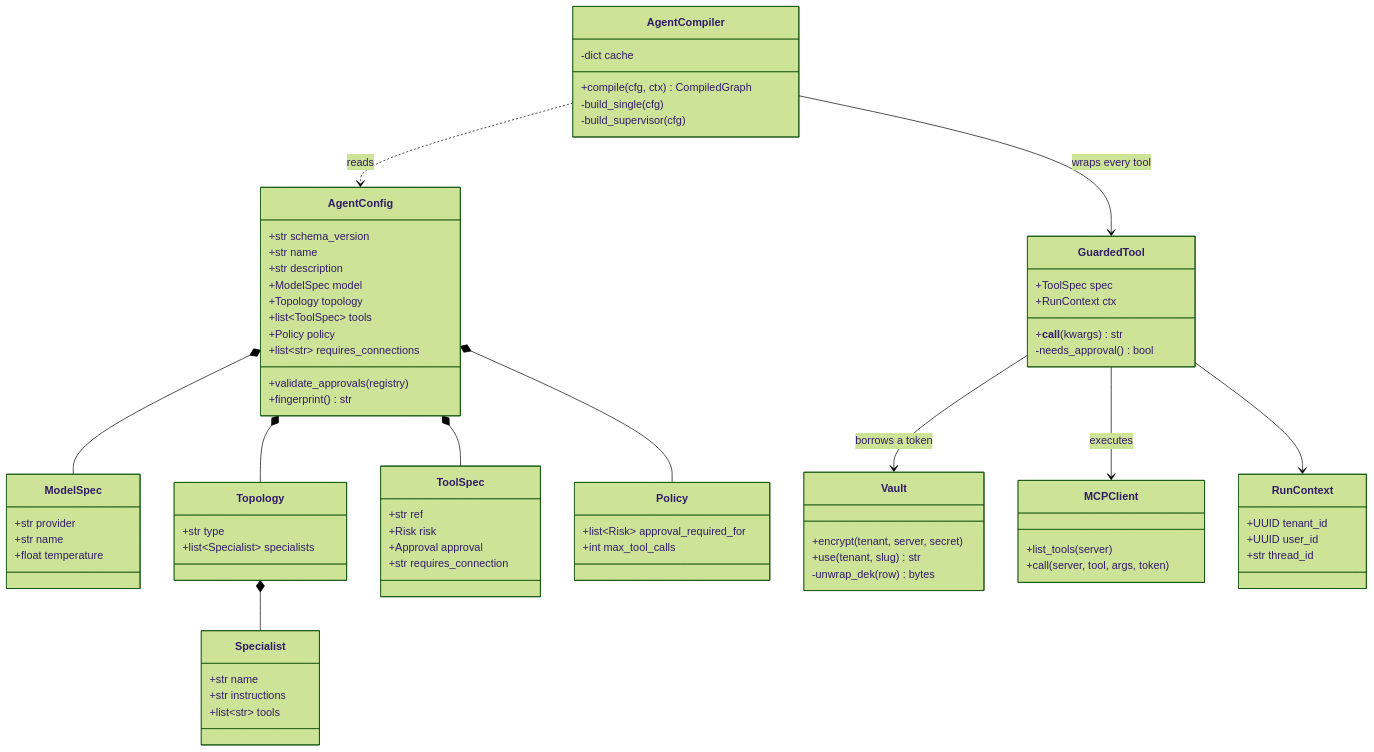
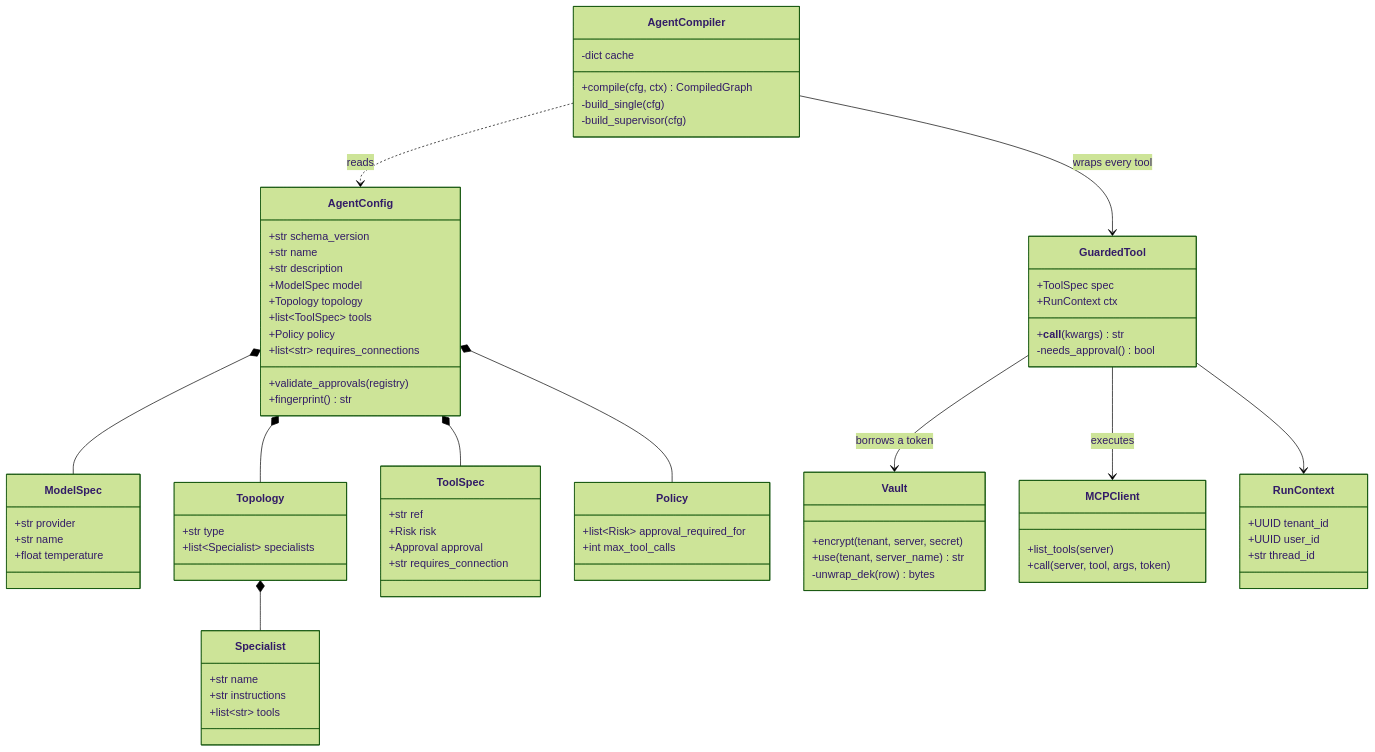
One commit to Shivanilarokar/AgentPlatformCapstone changed diagram 12 of 14 in docs/DESIGN.md. Above: the diagram before and after it, drawn with Mermaid (forest theme). The commit also changed other lines of this file and 29 other files, not shown here.

````diff
--- a/docs/DESIGN.md
+++ b/docs/DESIGN.md
@@ -554,76 +554,76 @@
 ```mermaid
 classDiagram
     class AgentConfig {
         +str schema_version
         +str name
         +str description
         +ModelSpec model
         +Topology topology
         +list~ToolSpec~ tools
         +Policy policy
         +list~str~ requires_connections
         +validate_approvals(registry)
         +fingerprint() str
     }
     class ModelSpec {
         +str provider
         +str name
         +float temperature
     }
     class Topology {
         +str type
         +list~Specialist~ specialists
     }
     class Specialist {
         +str name
         +str instructions
         +list~str~ tools
     }
     class ToolSpec {
         +str ref
         +Risk risk
         +Approval approval
         +str requires_connection
     }
     class Policy {
         +list~Risk~ approval_required_for
         +int max_tool_calls
     }
     class AgentCompiler {
         -dict cache
         +compile(cfg, ctx) CompiledGraph
         -build_single(cfg)
         -build_supervisor(cfg)
     }
     class GuardedTool {
         +ToolSpec spec
         +RunContext ctx
         +__call__(kwargs) str
         -needs_approval() bool
     }
     class Vault {
         +encrypt(tenant, server, secret)
-        +use(tenant, slug) str
+        +use(tenant, server_name) str
         -unwrap_dek(row) bytes
     }
     class MCPClient {
         +list_tools(server)
         +call(server, tool, args, token)
     }
     class RunContext {
         +UUID tenant_id
         +UUID user_id
         +str thread_id
     }
 
     AgentConfig *-- ModelSpec
     AgentConfig *-- Topology
     AgentConfig *-- ToolSpec
     AgentConfig *-- Policy
     Topology *-- Specialist
     AgentCompiler ..> AgentConfig : reads
     AgentCompiler --> GuardedTool : wraps every tool
     GuardedTool --> Vault : borrows a token
     GuardedTool --> MCPClient : executes
     GuardedTool --> RunContext
 ```
````
